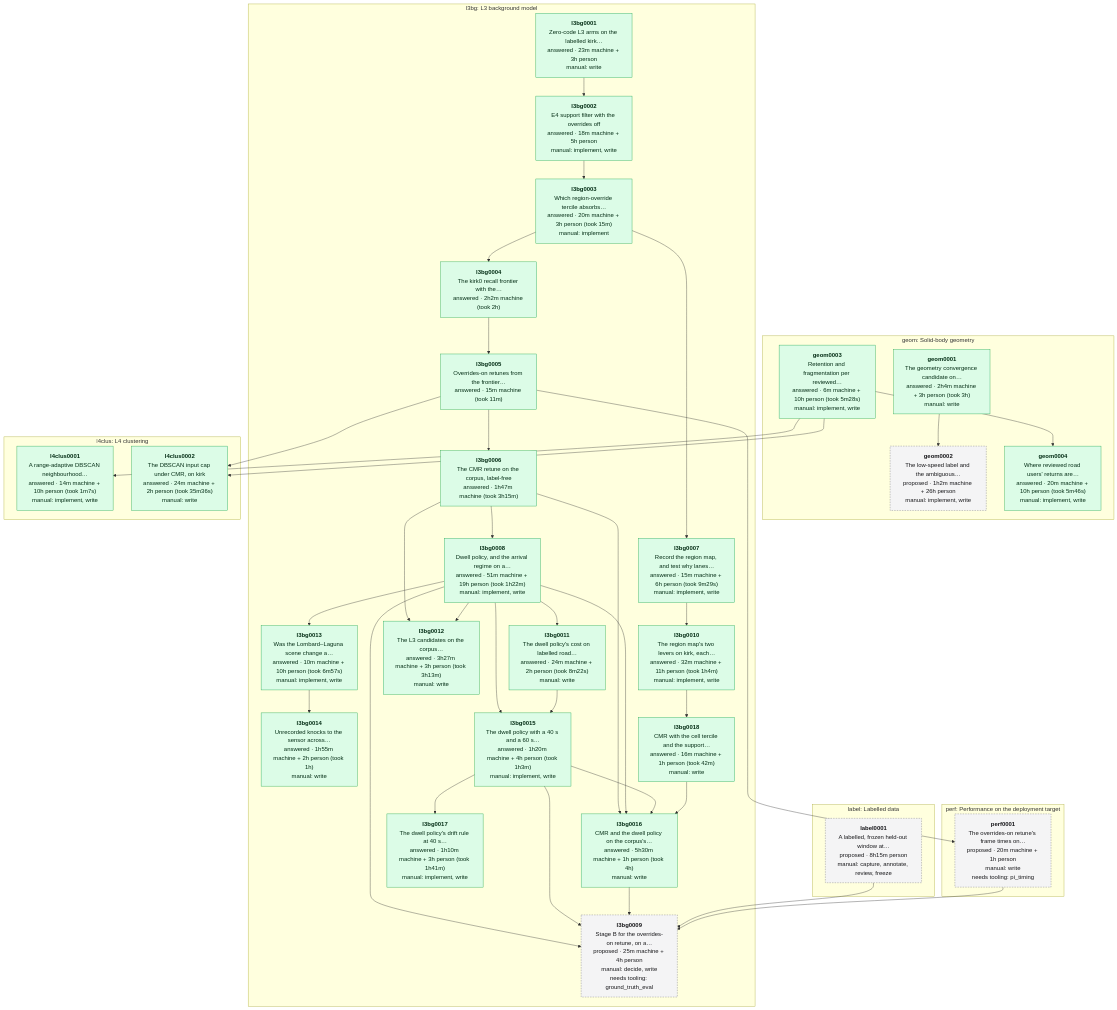
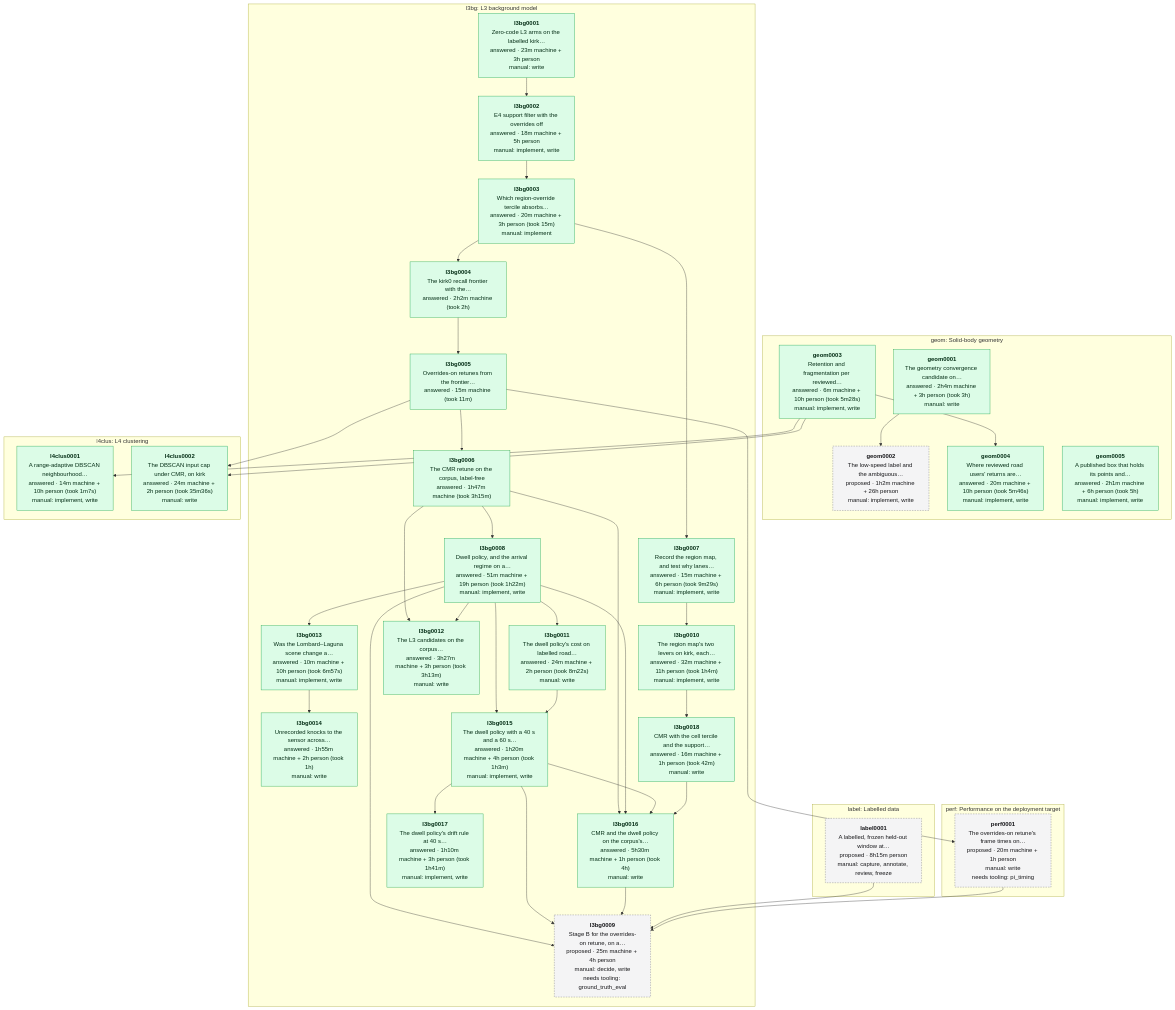
Before and after one commit to banshee-data/velocity.report: the diagram in data/experiments/DEPENDENCIES.md, drawn with Mermaid. The commit also changed other lines of this file and 8 other files, not shown here.

Commit message:
[ai][docs][cfg] Published box rotation report (geom0005), the box_model block in CONFIG.md, its parameter set row, backlog, devlog and plan links

````diff
--- a/data/experiments/DEPENDENCIES.md
+++ b/data/experiments/DEPENDENCIES.md
@@ -7,75 +7,76 @@
 ```mermaid
 flowchart TB
   classDef proposed fill:#f4f4f5,stroke:#71717a,stroke-dasharray:4 3,color:#18181b
   classDef approved fill:#dbeafe,stroke:#2563eb,color:#172554
   classDef answered fill:#dcfce7,stroke:#16a34a,color:#052e16
   classDef retired fill:#fafafa,stroke:#d4d4d8,color:#71717a
   subgraph area_geom ["geom: Solid-body geometry"]
     geom0001["<b>geom0001</b><br/>The geometry convergence candidate on…<br/>answered · 2h4m machine + 3h person (took 3h)<br/>manual: write"]:::answered
     geom0002["<b>geom0002</b><br/>The low-speed label and the ambiguous…<br/>proposed · 1h2m machine + 26h person<br/>manual: implement, write"]:::proposed
     geom0003["<b>geom0003</b><br/>Retention and fragmentation per reviewed…<br/>answered · 6m machine + 10h person (took 5m28s)<br/>manual: implement, write"]:::answered
     geom0004["<b>geom0004</b><br/>Where reviewed road users' returns are…<br/>answered · 20m machine + 10h person (took 5m46s)<br/>manual: implement, write"]:::answered
+    geom0005["<b>geom0005</b><br/>A published box that holds its points and…<br/>answered · 2h1m machine + 6h person (took 5h)<br/>manual: implement, write"]:::answered
   end
   subgraph area_l3bg ["l3bg: L3 background model"]
     l3bg0001["<b>l3bg0001</b><br/>Zero-code L3 arms on the labelled kirk…<br/>answered · 23m machine + 3h person<br/>manual: write"]:::answered
     l3bg0002["<b>l3bg0002</b><br/>E4 support filter with the overrides off<br/>answered · 18m machine + 5h person<br/>manual: implement, write"]:::answered
     l3bg0003["<b>l3bg0003</b><br/>Which region-override tercile absorbs…<br/>answered · 20m machine + 3h person (took 15m)<br/>manual: implement"]:::answered
     l3bg0004["<b>l3bg0004</b><br/>The kirk0 recall frontier with the…<br/>answered · 2h2m machine (took 2h)"]:::answered
     l3bg0005["<b>l3bg0005</b><br/>Overrides-on retunes from the frontier…<br/>answered · 15m machine (took 11m)"]:::answered
     l3bg0006["<b>l3bg0006</b><br/>The CMR retune on the corpus, label-free<br/>answered · 1h47m machine (took 3h15m)"]:::answered
     l3bg0007["<b>l3bg0007</b><br/>Record the region map, and test why lanes…<br/>answered · 15m machine + 6h person (took 9m29s)<br/>manual: implement, write"]:::answered
     l3bg0008["<b>l3bg0008</b><br/>Dwell policy, and the arrival regime on a…<br/>answered · 51m machine + 19h person (took 1h22m)<br/>manual: implement, write"]:::answered
     l3bg0009["<b>l3bg0009</b><br/>Stage B for the overrides-on retune, on a…<br/>proposed · 25m machine + 4h person<br/>manual: decide, write<br/>needs tooling: ground_truth_eval"]:::proposed
     l3bg0010["<b>l3bg0010</b><br/>The region map's two levers on kirk, each…<br/>answered · 32m machine + 11h person (took 1h4m)<br/>manual: implement, write"]:::answered
     l3bg0011["<b>l3bg0011</b><br/>The dwell policy's cost on labelled road…<br/>answered · 24m machine + 2h person (took 8m22s)<br/>manual: write"]:::answered
     l3bg0012["<b>l3bg0012</b><br/>The L3 candidates on the corpus…<br/>answered · 3h27m machine + 3h person (took 3h13m)<br/>manual: write"]:::answered
     l3bg0013["<b>l3bg0013</b><br/>Was the Lombard–Laguna scene change a…<br/>answered · 10m machine + 10h person (took 6m57s)<br/>manual: implement, write"]:::answered
     l3bg0014["<b>l3bg0014</b><br/>Unrecorded knocks to the sensor across…<br/>answered · 1h55m machine + 2h person (took 1h)<br/>manual: write"]:::answered
     l3bg0015["<b>l3bg0015</b><br/>The dwell policy with a 40 s and a 60 s…<br/>answered · 1h20m machine + 4h person (took 1h3m)<br/>manual: implement, write"]:::answered
     l3bg0016["<b>l3bg0016</b><br/>CMR and the dwell policy on the corpus's…<br/>answered · 5h30m machine + 1h person (took 4h)<br/>manual: write"]:::answered
     l3bg0017["<b>l3bg0017</b><br/>The dwell policy's drift rule at 40 s…<br/>answered · 1h10m machine + 3h person (took 1h41m)<br/>manual: implement, write"]:::answered
     l3bg0018["<b>l3bg0018</b><br/>CMR with the cell tercile and the support…<br/>answered · 16m machine + 1h person (took 42m)<br/>manual: write"]:::answered
   end
   subgraph area_l4clus ["l4clus: L4 clustering"]
     l4clus0001["<b>l4clus0001</b><br/>A range-adaptive DBSCAN neighbourhood…<br/>answered · 14m machine + 10h person (took 1m7s)<br/>manual: implement, write"]:::answered
     l4clus0002["<b>l4clus0002</b><br/>The DBSCAN input cap under CMR, on kirk<br/>answered · 24m machine + 2h person (took 35m36s)<br/>manual: write"]:::answered
   end
   subgraph area_label ["label: Labelled data"]
     label0001["<b>label0001</b><br/>A labelled, frozen held-out window at…<br/>proposed · 8h15m person<br/>manual: capture, annotate, review, freeze"]:::proposed
   end
   subgraph area_perf ["perf: Performance on the deployment target"]
     perf0001["<b>perf0001</b><br/>The overrides-on retune's frame times on…<br/>proposed · 20m machine + 1h person<br/>manual: write<br/>needs tooling: pi_timing"]:::proposed
   end
   geom0001 --> geom0002
   geom0003 --> geom0004
   l3bg0001 --> l3bg0002
   l3bg0002 --> l3bg0003
   l3bg0003 --> l3bg0004
   l3bg0004 --> l3bg0005
   l3bg0005 --> l3bg0006
   l3bg0003 --> l3bg0007
   l3bg0006 --> l3bg0008
   l3bg0008 --> l3bg0009
   l3bg0015 --> l3bg0009
   l3bg0016 --> l3bg0009
   label0001 --> l3bg0009
   perf0001 --> l3bg0009
   l3bg0007 --> l3bg0010
   l3bg0008 --> l3bg0011
   l3bg0006 --> l3bg0012
   l3bg0008 --> l3bg0012
   l3bg0008 --> l3bg0013
   l3bg0013 --> l3bg0014
   l3bg0008 --> l3bg0015
   l3bg0011 --> l3bg0015
   l3bg0006 --> l3bg0016
   l3bg0008 --> l3bg0016
   l3bg0015 --> l3bg0016
   l3bg0018 --> l3bg0016
   l3bg0015 --> l3bg0017
   l3bg0010 --> l3bg0018
   geom0003 --> l4clus0001
   geom0003 --> l4clus0002
   l3bg0005 --> l4clus0002
   l3bg0005 --> perf0001
 ```
````
